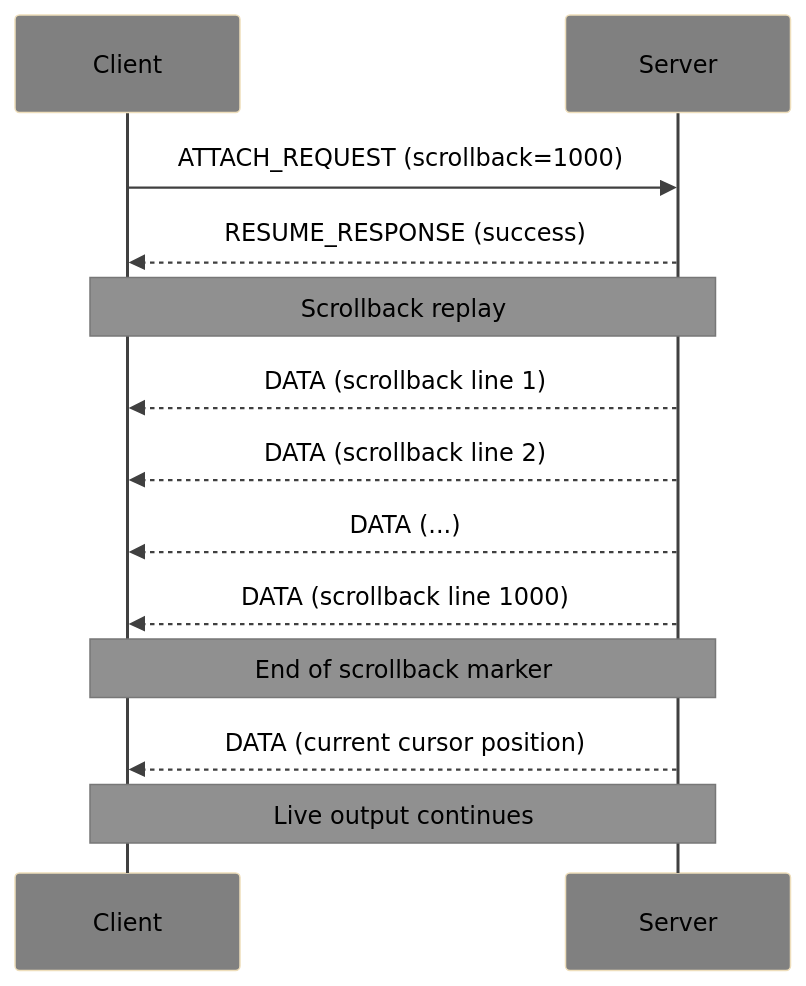
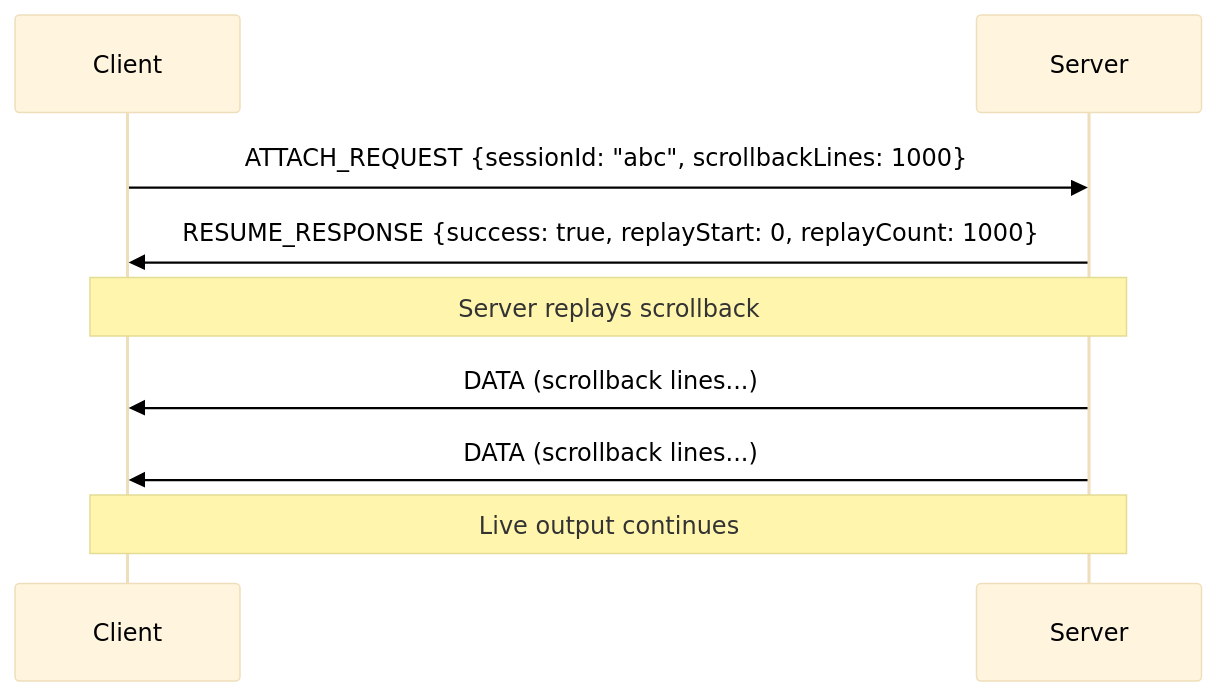
One commit to deftai/xumux changed the third of 3 diagrams in docs/ext-session-persistence.md. Above: the diagram before and after it, drawn with Mermaid. The commit also changed other lines of this file and 6 other files, not shown here.

````diff
--- a/docs/ext-session-persistence.md
+++ b/docs/ext-session-persistence.md
@@ -154,20 +162,15 @@
 ```mermaid
-%%{init: {'theme': 'base', 'themeVariables': {'primaryTextColor': '#000000', 'secondaryTextColor': '#000000', 'tertiaryTextColor': '#000000', 'noteBkgColor': '#909090', 'noteTextColor': '#000000', 'actorBkg': '#808080', 'actorTextColor': '#000000', 'actorLineColor': '#404040', 'signalColor': '#404040'}}}%%
+%%{init: {'theme': 'base', 'themeVariables': {'primaryTextColor': '#000', 'lineColor': '#333'}}}%%
 sequenceDiagram
     participant C as Client
     participant S as Server
 
-    C->>S: ATTACH_REQUEST (scrollback=1000)
-    S-->>C: RESUME_RESPONSE (success)
-    
-    Note over C,S: Scrollback replay
-    S-->>C: DATA (scrollback line 1)
-    S-->>C: DATA (scrollback line 2)
-    S-->>C: DATA (...)
-    S-->>C: DATA (scrollback line 1000)
-    
-    Note over C,S: End of scrollback marker
-    S-->>C: DATA (current cursor position)
-    
+    C->>S: ATTACH_REQUEST {sessionId: "abc", scrollbackLines: 1000}
+    S->>C: RESUME_RESPONSE {success: true, replayStart: 0, replayCount: 1000}
+
+    Note over S,C: Server replays scrollback
+    S->>C: DATA (scrollback lines...)
+    S->>C: DATA (scrollback lines...)
+
     Note over C,S: Live output continues
 ```
````
